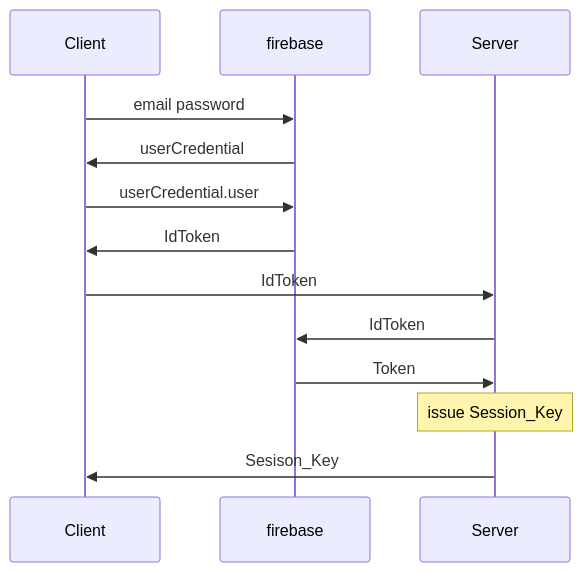
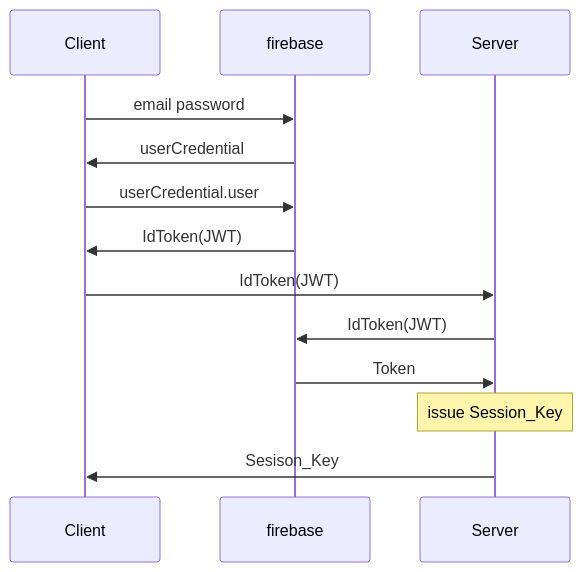
Before and after one commit to WhatACotton/CharisWorks-BackEnd: the third of 6 diagrams in README.md, drawn with Mermaid. The commit also changed other lines of this file and 14 other files, not shown here.

````diff
--- a/README.md
+++ b/README.md
@@ -49,19 +49,19 @@
 ```mermaid
 sequenceDiagram
 participant Client
 participant firebase
 
 participant Server
 
 
 Client ->> firebase:email password
 firebase ->> Client: userCredential
 Client ->> firebase:userCredential.user
-firebase ->> Client:IdToken
-Client ->> Server: IdToken
-Server ->> firebase:IdToken
+firebase ->> Client:IdToken(JWT)
+Client ->> Server: IdToken(JWT)
+Server ->> firebase:IdToken(JWT)
 firebase ->>Server:Token
 Note over Server:issue Session_Key
 Server ->> Client:Sesison_Key
 
 ```
````
